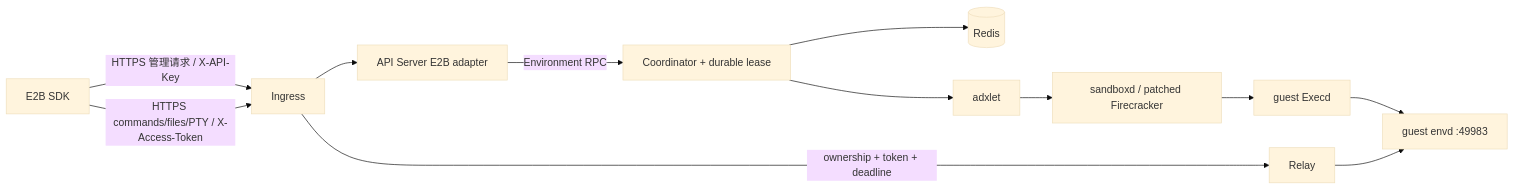
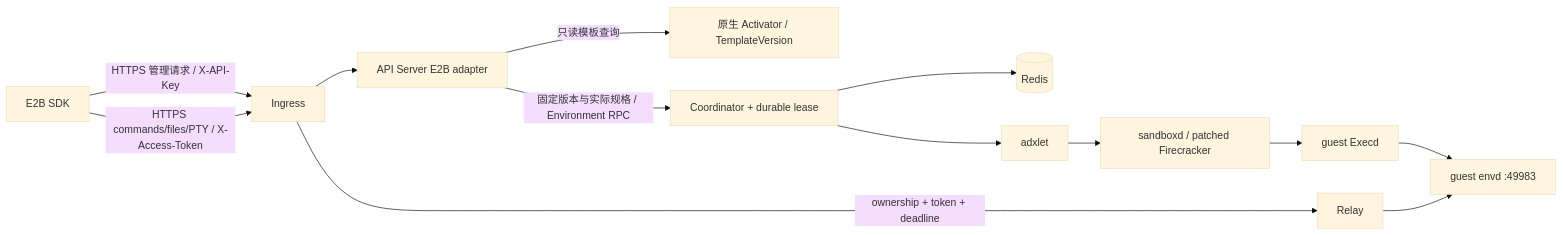
Before and after one commit to openJiuwen-ai/agent-dx: the first of 2 diagrams in docs/deployment/e2b-compatibility.md, drawn with Mermaid (base theme). The commit also changed other lines of this file and 76 other files, not shown here.

````diff
--- a/docs/deployment/e2b-compatibility.md
+++ b/docs/deployment/e2b-compatibility.md
@@ -50,14 +59,15 @@
 ```mermaid
 flowchart LR
   SDK[E2B SDK] -->|HTTPS 管理请求 / X-API-Key| I[Ingress]
   I --> A[API Server E2B adapter]
-  A -->|Environment RPC| C[Coordinator + durable lease]
+  A -->|只读模板查询| T[原生 Activator / TemplateVersion]
+  A -->|固定版本与实际规格 / Environment RPC| C[Coordinator + durable lease]
   C --> R[(Redis)]
   C --> N[adxlet]
   N --> S[sandboxd / patched Firecracker]
   S --> X[guest Execd]
   X --> E[guest envd :49983]
   SDK -->|HTTPS commands/files/PTY / X-Access-Token| I
   I -->|ownership + token + deadline| L[Relay]
   L --> E
 ```
````
